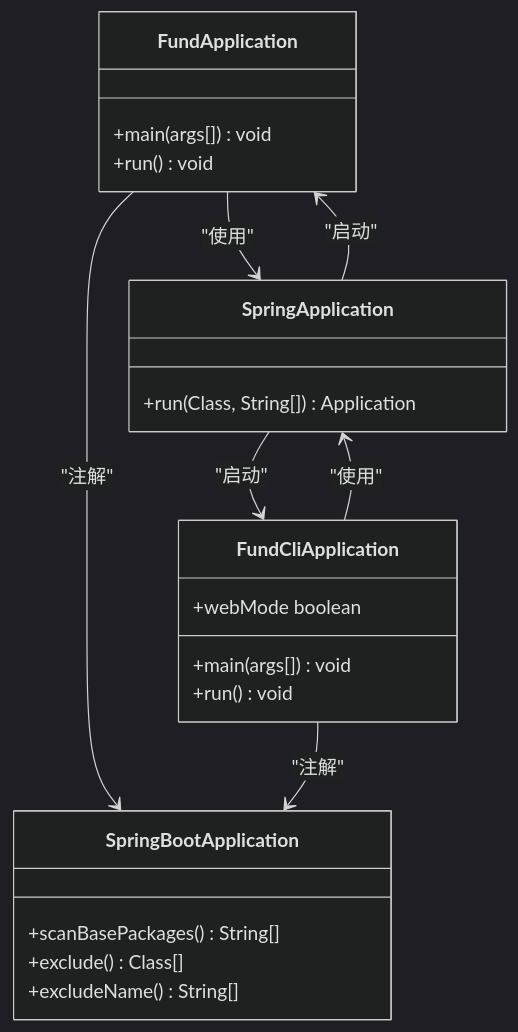
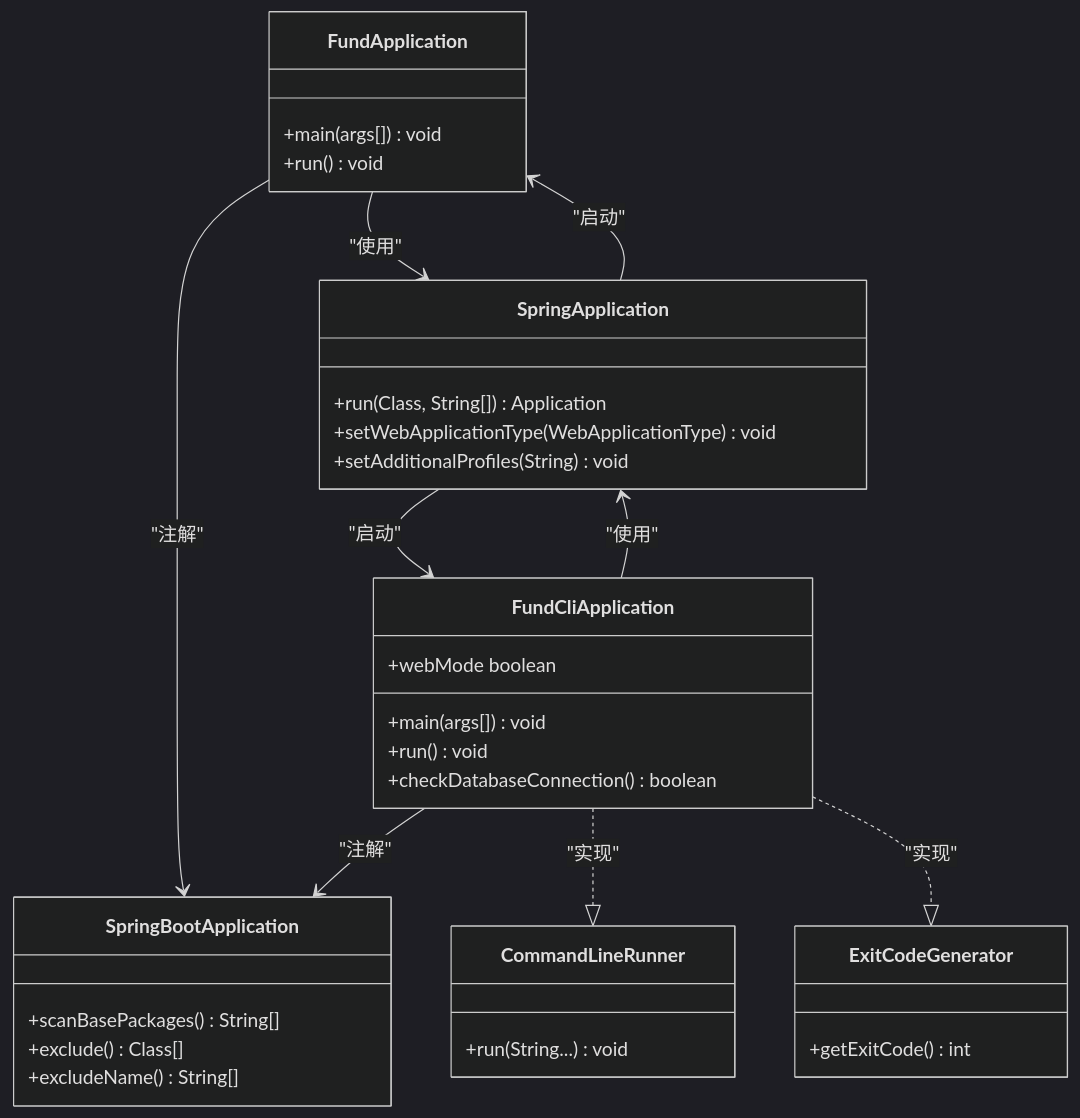
The second of 8 diagrams in .qoder/repowiki/zh/content/部署指南.md (gree-coder/fund-butler), drawn with Mermaid (dark theme) before and after one commit. The commit also changed other lines of this file and 51 other files, not shown here.

````diff
--- a/.qoder/repowiki/zh/content/部署指南.md
+++ b/.qoder/repowiki/zh/content/部署指南.md
@@ -130,26 +134,37 @@
 ```mermaid
 classDiagram
 class FundApplication {
 +main(args[]) void
 +run() void
 }
 class FundCliApplication {
 +main(args[]) void
 +run() void
 +webMode boolean
++checkDatabaseConnection() boolean
 }
 class SpringApplication {
 +run(Class, String[]) Application
++setWebApplicationType(WebApplicationType) void
++setAdditionalProfiles(String) void
 }
 class SpringBootApplication {
 +scanBasePackages() String[]
 +exclude() Class[]
 +excludeName() String[]
 }
+class CommandLineRunner {
++run(String...) void
+}
+class ExitCodeGenerator {
++getExitCode() int
+}
 FundApplication --> SpringApplication : "使用"
 FundApplication --> SpringBootApplication : "注解"
 FundCliApplication --> SpringApplication : "使用"
 FundCliApplication --> SpringBootApplication : "注解"
+FundCliApplication ..|> CommandLineRunner : "实现"
+FundCliApplication ..|> ExitCodeGenerator : "实现"
 SpringApplication --> FundApplication : "启动"
 SpringApplication --> FundCliApplication : "启动"
 ```
````
